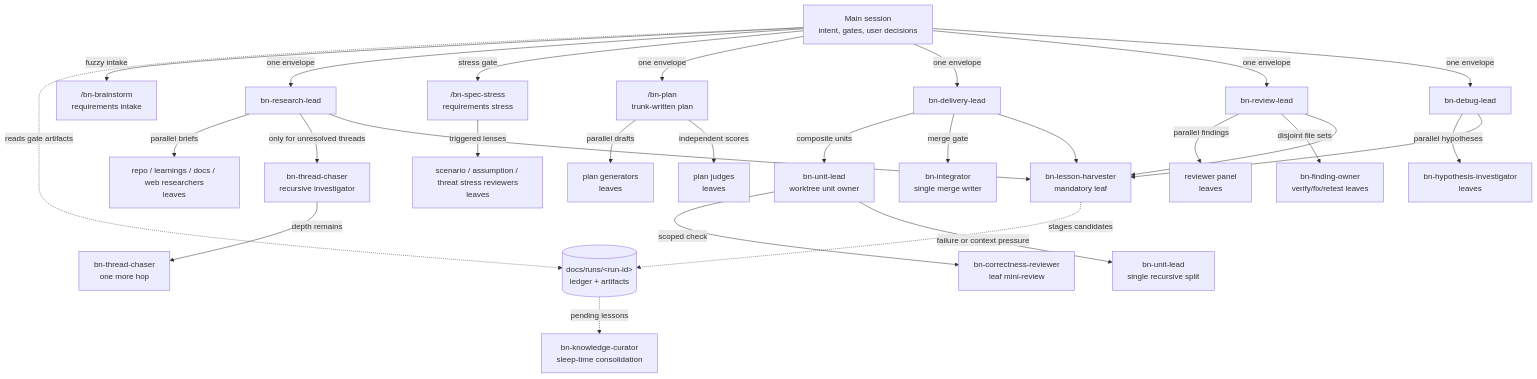
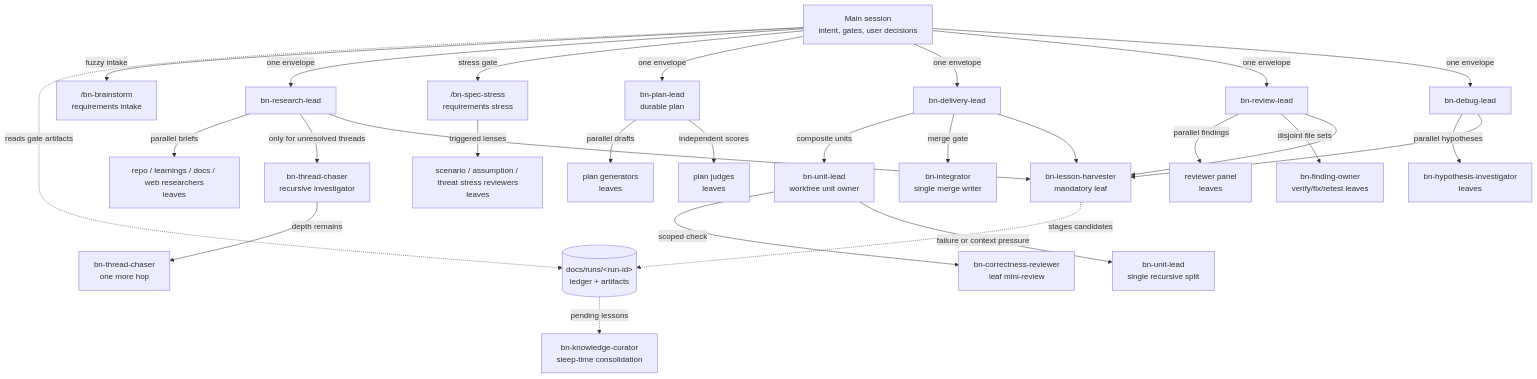
Before and after one commit to rcmoynihan/banyan: the diagram in README.md, drawn with Mermaid. The commit also changed other lines of this file and 26 other files, not shown here.

Commit message:
Add plan lead trunk orchestration

````diff
--- a/README.md
+++ b/README.md
@@ -21,40 +21,40 @@
 ```mermaid
 flowchart TD
   trunk["Main session<br/>intent, gates, user decisions"]
   ledger[("docs/runs/&lt;run-id&gt;<br/>ledger + artifacts")]
 
   trunk -. reads gate artifacts .-> ledger
   trunk -->|"fuzzy intake"| brainstorm["/bn-brainstorm<br/>requirements intake"]
   trunk -->|"one envelope"| research["bn-research-lead"]
   trunk -->|"stress gate"| specstress["/bn-spec-stress<br/>requirements stress"]
-  trunk -->|"one envelope"| plan["/bn-plan<br/>trunk-written plan"]
+  trunk -->|"one envelope"| plan["bn-plan-lead<br/>durable plan"]
   trunk -->|"one envelope"| delivery["bn-delivery-lead"]
   trunk -->|"one envelope"| review["bn-review-lead"]
   trunk -->|"one envelope"| debug["bn-debug-lead"]
 
   research -->|"parallel briefs"| researchers["repo / learnings / docs / web researchers<br/>leaves"]
   research -->|"only for unresolved threads"| chaser["bn-thread-chaser<br/>recursive investigator"]
   chaser -->|"depth remains"| chaser2["bn-thread-chaser<br/>one more hop"]
 
   specstress -->|"triggered lenses"| specstressors["scenario / assumption / threat stress reviewers<br/>leaves"]
 
   plan -->|"parallel drafts"| generators["plan generators<br/>leaves"]
   plan -->|"independent scores"| judges["plan judges<br/>leaves"]
 
   delivery -->|"composite units"| unit["bn-unit-lead<br/>worktree unit owner"]
   unit -->|"scoped check"| miniReview["bn-correctness-reviewer<br/>leaf mini-review"]
   unit -->|"failure or context pressure"| subUnit["bn-unit-lead<br/>single recursive split"]
   delivery -->|"merge gate"| integrator["bn-integrator<br/>single merge writer"]
 
   review -->|"parallel findings"| reviewers["reviewer panel<br/>leaves"]
   review -->|"disjoint file sets"| owners["bn-finding-owner<br/>verify/fix/retest leaves"]
 
   debug -->|"parallel hypotheses"| investigators["bn-hypothesis-investigator<br/>leaves"]
 
   research --> harvest["bn-lesson-harvester<br/>mandatory leaf"]
   delivery --> harvest
   review --> harvest
   debug --> harvest
   harvest -. stages candidates .-> ledger
   ledger -. pending lessons .-> curator["bn-knowledge-curator<br/>sleep-time consolidation"]
 ```
````
